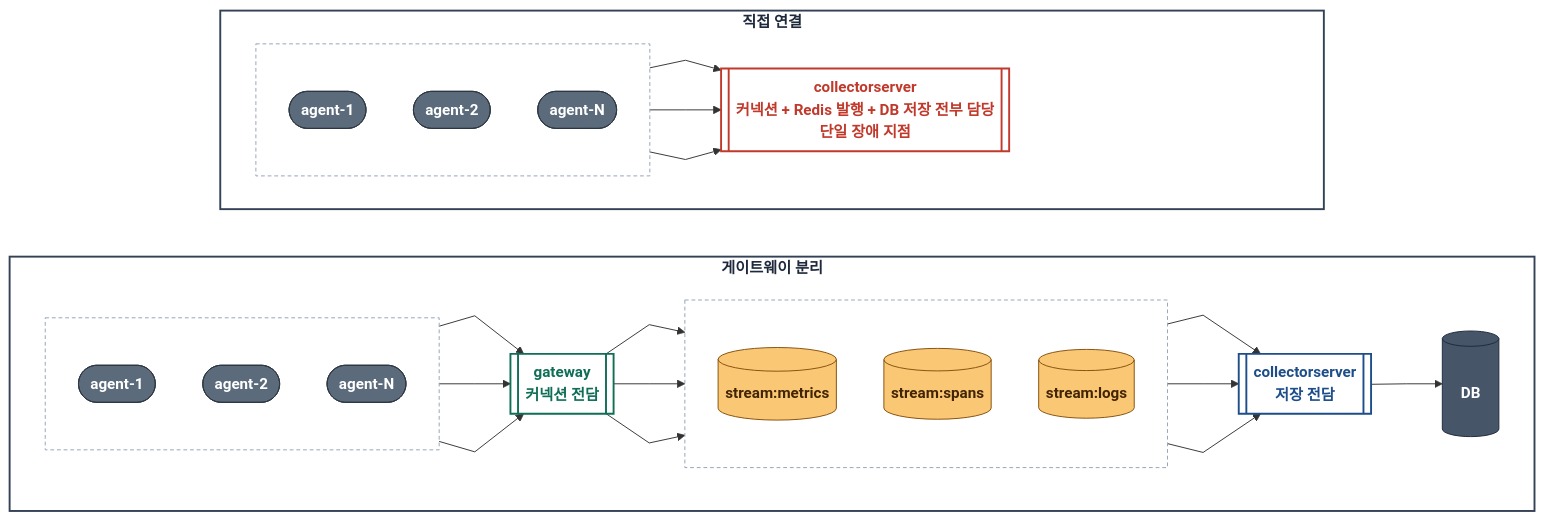
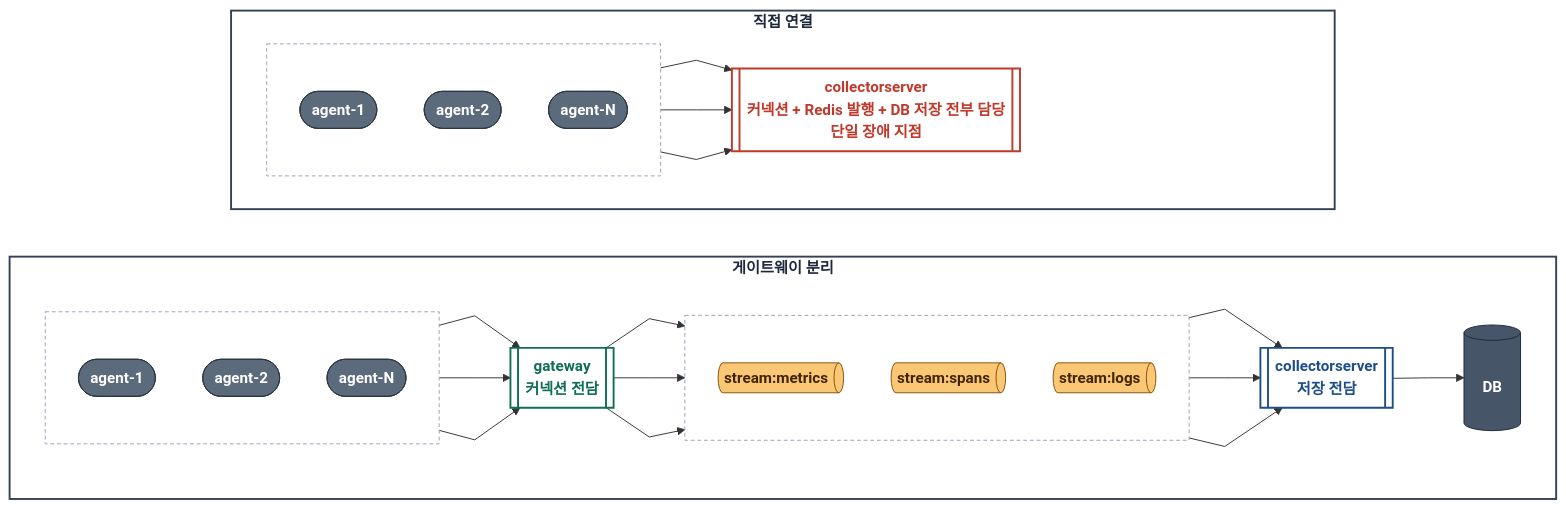
The second of 7 diagrams in README.md (buss-sooin/apm-observatory), drawn with Mermaid before and after one commit. The commit also changed other lines of this file, not shown here.

````diff
--- a/README.md
+++ b/README.md
@@ -378,71 +266,71 @@
 ```mermaid
 %%{init: {"flowchart": {"wrappingWidth": 500, "curve": "linear"}}}%%
 flowchart TB
     subgraph DIRECT["직접 연결"]
         direction LR
         subgraph AG1[" "]
             direction TB
             A1(["agent-1"])
             A2(["agent-2"])
             AN(["agent-N"])
         end
         CS1[["collectorserver<br/>커넥션 + Redis 발행 + DB 저장 전부 담당<br/>단일 장애 지점"]]
         DPAD["&nbsp;&nbsp;&nbsp;&nbsp;&nbsp;&nbsp;&nbsp;&nbsp;&nbsp;&nbsp;&nbsp;&nbsp;&nbsp;&nbsp;&nbsp;&nbsp;&nbsp;&nbsp;&nbsp;&nbsp;&nbsp;&nbsp;&nbsp;&nbsp;&nbsp;&nbsp;&nbsp;&nbsp;&nbsp;&nbsp;&nbsp;&nbsp;&nbsp;&nbsp;&nbsp;&nbsp;&nbsp;&nbsp;&nbsp;&nbsp;"]
         A1 --> CS1
         A2 --> CS1
         AN --> CS1
         CS1 ~~~ DPAD
     end
 
     subgraph SPLIT["게이트웨이 분리"]
         direction LR
         subgraph AG2[" "]
             direction TB
             B1(["agent-1"])
             B2(["agent-2"])
             BN(["agent-N"])
         end
         GW[["gateway<br/>커넥션 전담"]]
         subgraph STREAMS[" "]
             direction TB
-            SM[("stream:metrics")]
-            SS[("stream:spans")]
-            SL[("stream:logs")]
+            SM@{ shape: h-cyl, label: "stream:metrics" }
+            SS@{ shape: h-cyl, label: "stream:spans" }
+            SL@{ shape: h-cyl, label: "stream:logs" }
         end
         CS2[["collectorserver<br/>저장 전담"]]
         DB[("&nbsp;<br/>&nbsp;&nbsp;&nbsp;DB&nbsp;&nbsp;&nbsp;<br/>&nbsp;")]
         B1 --> GW
         B2 --> GW
         BN --> GW
         GW --> SM
         GW --> SS
         GW --> SL
         SM --> CS2
         SS --> CS2
         SL --> CS2
         CS2 --> DB
     end
 
     DIRECT ~~~ SPLIT
 
     classDef blockHead fill:none,stroke:#334155,stroke-width:2px,color:#1e293b,font-weight:bold
     classDef groupBox fill:none,stroke:#94a3b8,stroke-dasharray:4 3,color:#1a2530
     classDef agentNode fill:#5b6b7b,stroke:#2d3742,color:#ffffff,font-weight:bold
     classDef serverGw fill:none,stroke:#0f6e56,stroke-width:2px,color:#0f6e56,font-weight:bold
     classDef serverCol fill:none,stroke:#1d4e89,stroke-width:2px,color:#1d4e89,font-weight:bold
     classDef serverDanger fill:none,stroke:#c0392b,stroke-width:2px,color:#c0392b,font-weight:bold
     classDef streamNode fill:#fac775,stroke:#854f0b,color:#412402,font-weight:bold
     classDef dbNode fill:#475569,stroke:#1e293b,color:#ffffff,font-weight:bold
     classDef invisWide fill:none,stroke:none,color:#ffffff
 
     class DIRECT blockHead
     class SPLIT blockHead
     class AG1,AG2,STREAMS groupBox
     class A1,A2,AN,B1,B2,BN agentNode
     class GW serverGw
     class CS1 serverDanger
     class CS2 serverCol
     class SM,SS,SL streamNode
     class DB dbNode
     class DPAD invisWide
 ```
````
